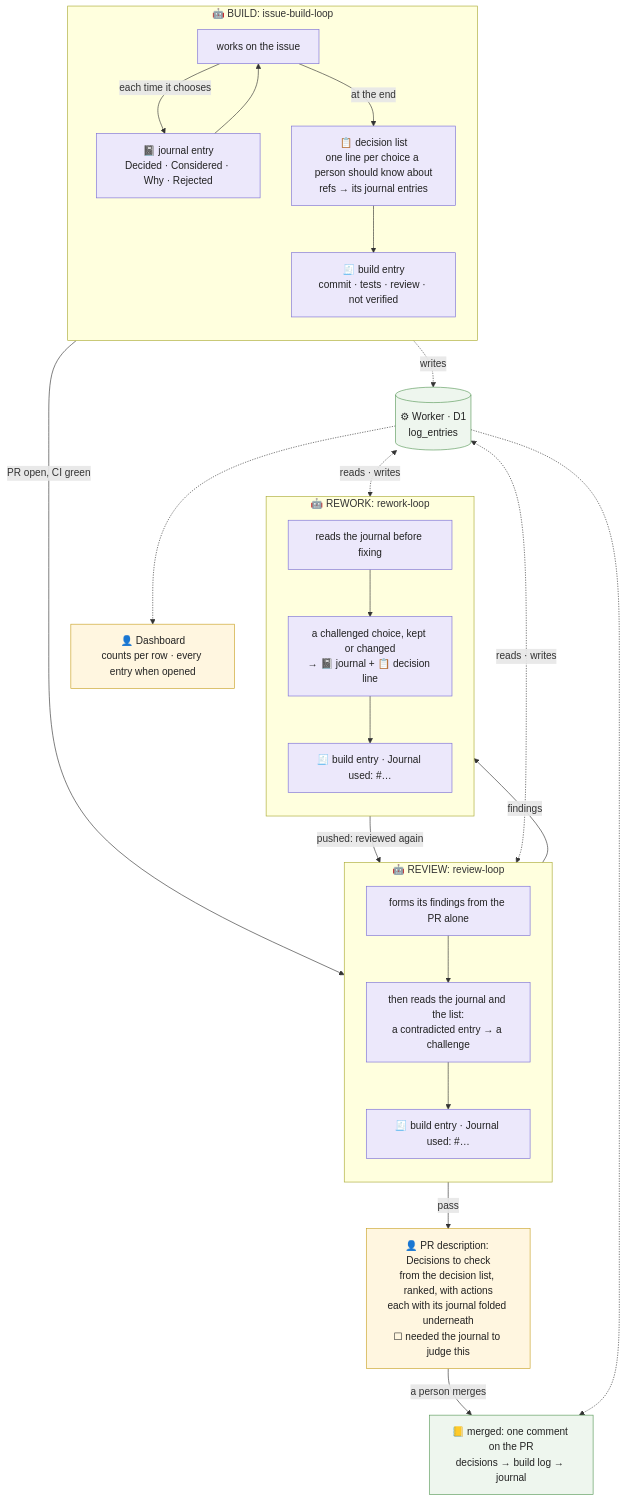
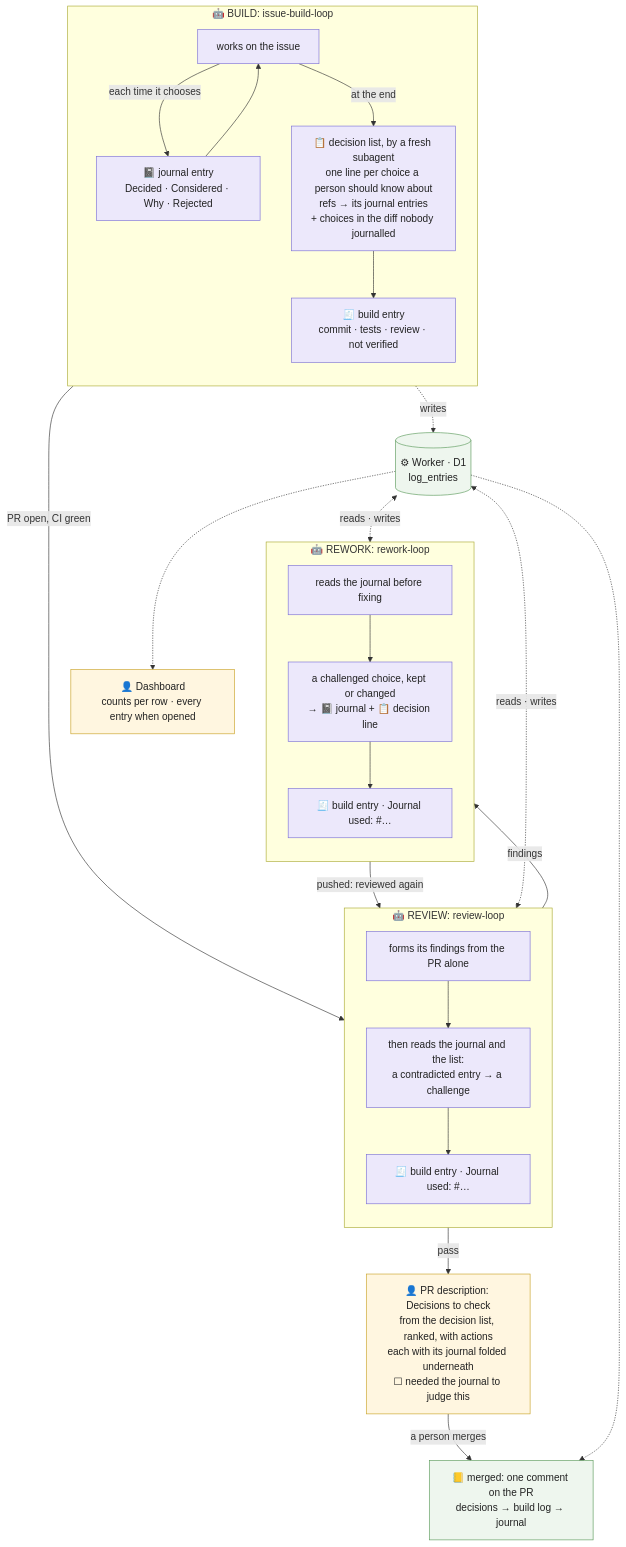
One commit to hifi-phil/umbraco-mcp-ops changed the diagram in docs/agent-orchestration/16-work-log.md. Above: the diagram before and after it, drawn with Mermaid. The commit also changed other lines of this file and 1 other file, not shown here.

First line of the commit message:
docs(work-log): a fresh subagent derives the decision list, and finds what wasn't journalled

````diff
--- a/docs/agent-orchestration/16-work-log.md
+++ b/docs/agent-orchestration/16-work-log.md
@@ -56,47 +56,47 @@
 ```mermaid
 flowchart TB
     subgraph BUILD["🤖 BUILD: issue-build-loop"]
         direction TB
         B1["works on the issue"] -- "each time it chooses" --> B2["📓 journal entry<br/>Decided · Considered · Why · Rejected"]
         B2 --> B1
-        B1 -- "at the end" --> B4["📋 decision list<br/>one line per choice a person should know about<br/>refs → its journal entries"]
+        B1 -- "at the end" --> B4["📋 decision list, by a fresh subagent<br/>one line per choice a person should know about<br/>refs → its journal entries<br/>+ choices in the diff nobody journalled"]
         B4 --> B5["🧾 build entry<br/>commit · tests · review · not verified"]
     end
 
     subgraph REVIEW["🤖 REVIEW: review-loop"]
         direction TB
         R1["forms its findings from the PR alone"] --> R2["then reads the journal and the list:<br/>a contradicted entry → a challenge"]
         R2 --> R4["🧾 build entry · Journal used: #…"]
     end
 
     subgraph REWORK["🤖 REWORK: rework-loop"]
         direction TB
         W1["reads the journal before fixing"] --> W2["a challenged choice, kept or changed<br/>→ 📓 journal + 📋 decision line"]
         W2 --> W3["🧾 build entry · Journal used: #…"]
     end
 
     PRD["👤 PR description: Decisions to check<br/>from the decision list, ranked, with actions<br/>each with its journal folded underneath<br/>☐ needed the journal to judge this"]
     EXP["📒 merged: one comment on the PR<br/>decisions → build log → journal"]
 
     DB[("⚙ Worker · D1<br/>log_entries")]
     DASH["👤 Dashboard<br/>counts per row · every entry when opened"]
 
     BUILD -- "PR open, CI green" --> REVIEW
     REVIEW -- "findings" --> REWORK
     REWORK -- "pushed: reviewed again" --> REVIEW
     REVIEW -- "pass" --> PRD
     PRD -- "a person merges" --> EXP
 
     BUILD -. "writes" .-> DB
     DB <-. "reads · writes" .-> REVIEW
     DB <-. "reads · writes" .-> REWORK
     DB -.-> DASH
     DB -.-> EXP
 
     classDef agent fill:#ece8fb,stroke:#7b6fd6,color:#222
     classDef det fill:#eef6ee,stroke:#5a9a5a,color:#222
     classDef person fill:#fff6e0,stroke:#c9a227,color:#222
     class B1,B2,B4,B5,R1,R2,R4,W1,W2,W3 agent
     class DB,EXP det
     class PRD,DASH person
 ```
````
